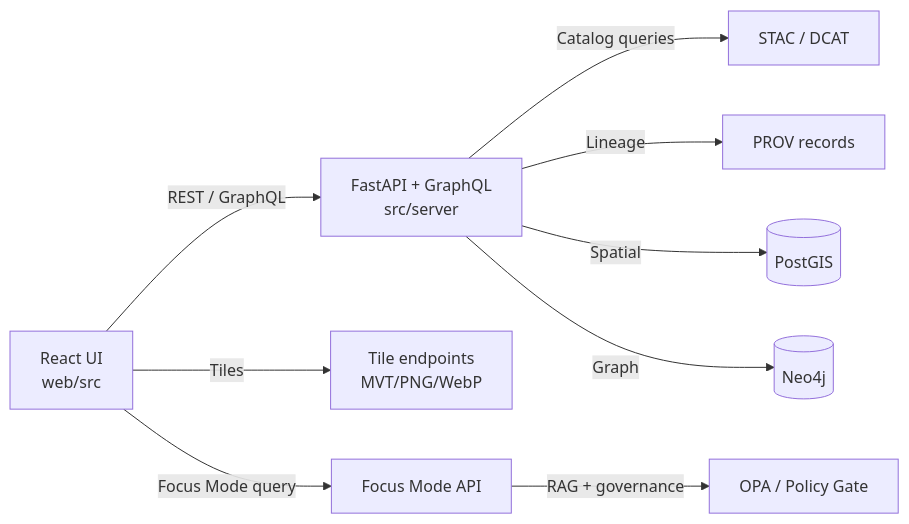
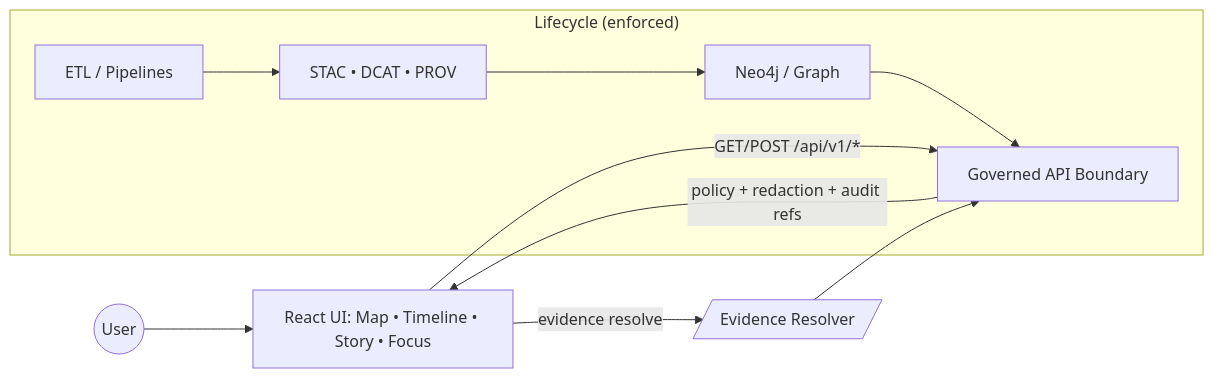
One commit to bartytime4life/Kansas-Frontier-Matrix changed the diagram in web/src/README.md. Above: the diagram before and after it, drawn with Mermaid. The commit also changed other lines of this file, not shown here.

````diff
--- a/web/src/README.md
+++ b/web/src/README.md
@@ -104,11 +72,15 @@
 ```mermaid
 flowchart LR
-  UI[React UI<br/>web/src] -->|REST / GraphQL| API[FastAPI + GraphQL<br/>src/server]
-  API -->|Catalog queries| CATALOG[STAC / DCAT]
-  API -->|Lineage| PROV[PROV records]
-  API -->|Spatial| POSTGIS[(PostGIS)]
-  API -->|Graph| NEO4J[(Neo4j)]
-  UI -->|Tiles| TILES[Tile endpoints<br/>MVT/PNG/WebP]
-  UI -->|Focus Mode query| FM[Focus Mode API]
-  FM -->|RAG + governance| POLICY[OPA / Policy Gate]
+  User((User)) --> UI[React UI: Map • Timeline • Story • Focus]
+  UI -->|GET/POST /api/v1/*| API[Governed API Boundary]
+  API -->|policy + redaction + audit refs| UI
+
+  subgraph Data_Lifecycle["Lifecycle (enforced)"]
+    ETL[ETL / Pipelines] --> CATS[STAC • DCAT • PROV]
+    CATS --> GRAPH[Neo4j / Graph]
+    GRAPH --> API
+  end
+
+  UI -->|evidence resolve| EV[/Evidence Resolver/]
+  EV --> API
 ```
````
